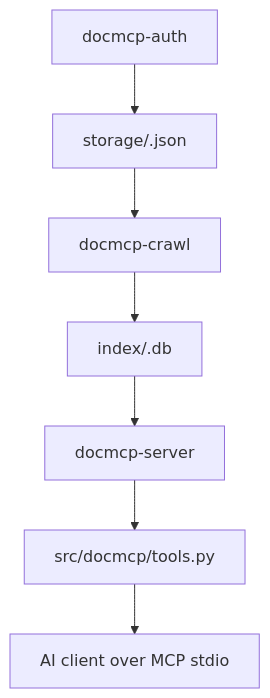
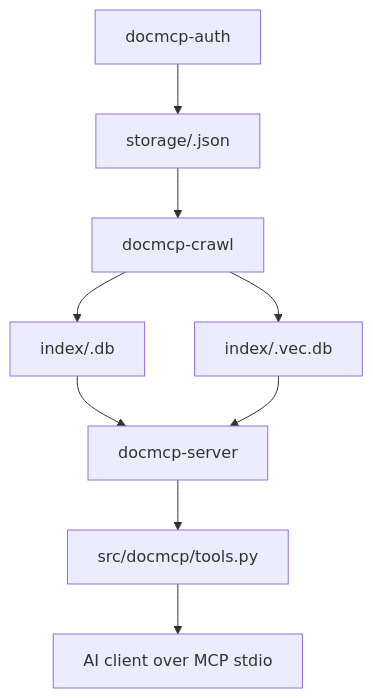
One commit to veep2012/doc_mcp changed the diagram in documentation/overview.md. Above: the diagram before and after it, drawn with Mermaid. The commit also changed other lines of this file and 6 other files, not shown here.

````diff
--- a/documentation/overview.md
+++ b/documentation/overview.md
@@ -30,9 +31,11 @@
 ```mermaid
 flowchart TD
   A["docmcp-auth"] --> B["storage/<site>.json"]
   B --> C["docmcp-crawl"]
   C --> D["index/<site>.db"]
+  C --> D2["index/<site>.vec.db"]
   D --> E["docmcp-server"]
+  D2 --> E
   E --> F["src/docmcp/tools.py"]
   F --> G["AI client over MCP stdio"]
 ```
````
